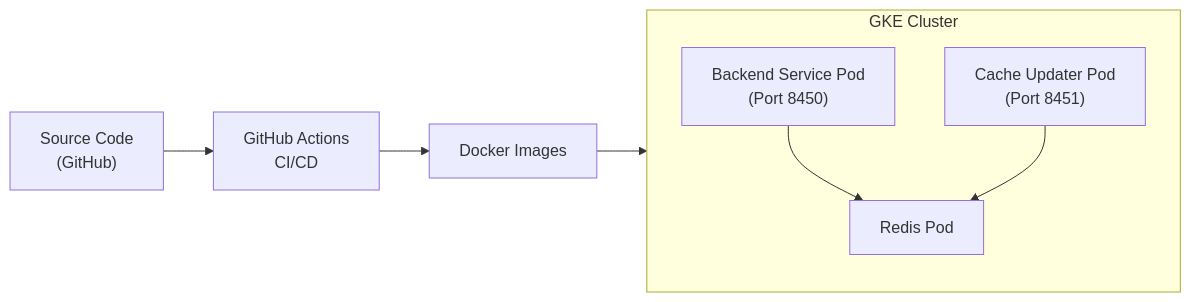
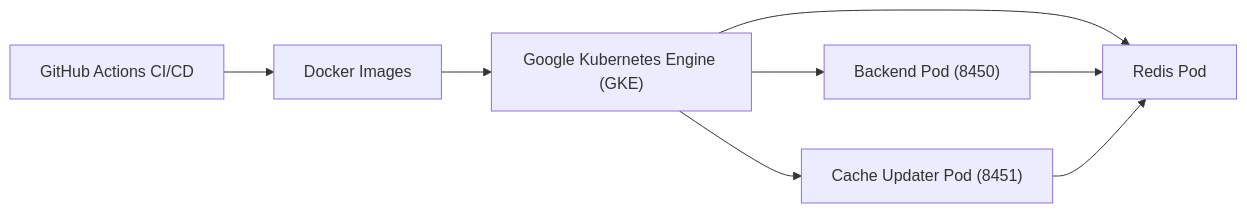
The sixth of 6 diagrams in docs/development/architecture/README.md (flamingo-stack/major-league-github), drawn with Mermaid before and after one commit. The commit also changed other lines of this file and 91 other files, not shown here.

````diff
--- a/docs/development/architecture/README.md
+++ b/docs/development/architecture/README.md
@@ -203,15 +178,10 @@
 ```mermaid
 flowchart LR
-    Code["Source Code\n(GitHub)"] --> Actions["GitHub Actions\nCI/CD"]
-    Actions --> Docker["Docker Images"]
-    Docker --> GKE["Google Kubernetes Engine"]
-
-    subgraph GKE["GKE Cluster"]
-        BackendPod["Backend Service Pod\n(Port 8450)"]
-        CachePod["Cache Updater Pod\n(Port 8451)"]
-        RedisPod["Redis Pod"]
-    end
-
+    GitHubActions["GitHub Actions CI/CD"] --> Docker["Docker Images"]
+    Docker --> GKE["Google Kubernetes Engine (GKE)"]
+    GKE --> BackendPod["Backend Pod (8450)"]
+    GKE --> CacheUpdaterPod["Cache Updater Pod (8451)"]
+    GKE --> RedisPod["Redis Pod"]
     BackendPod --> RedisPod
-    CachePod --> RedisPod
+    CacheUpdaterPod --> RedisPod
 ```
````
